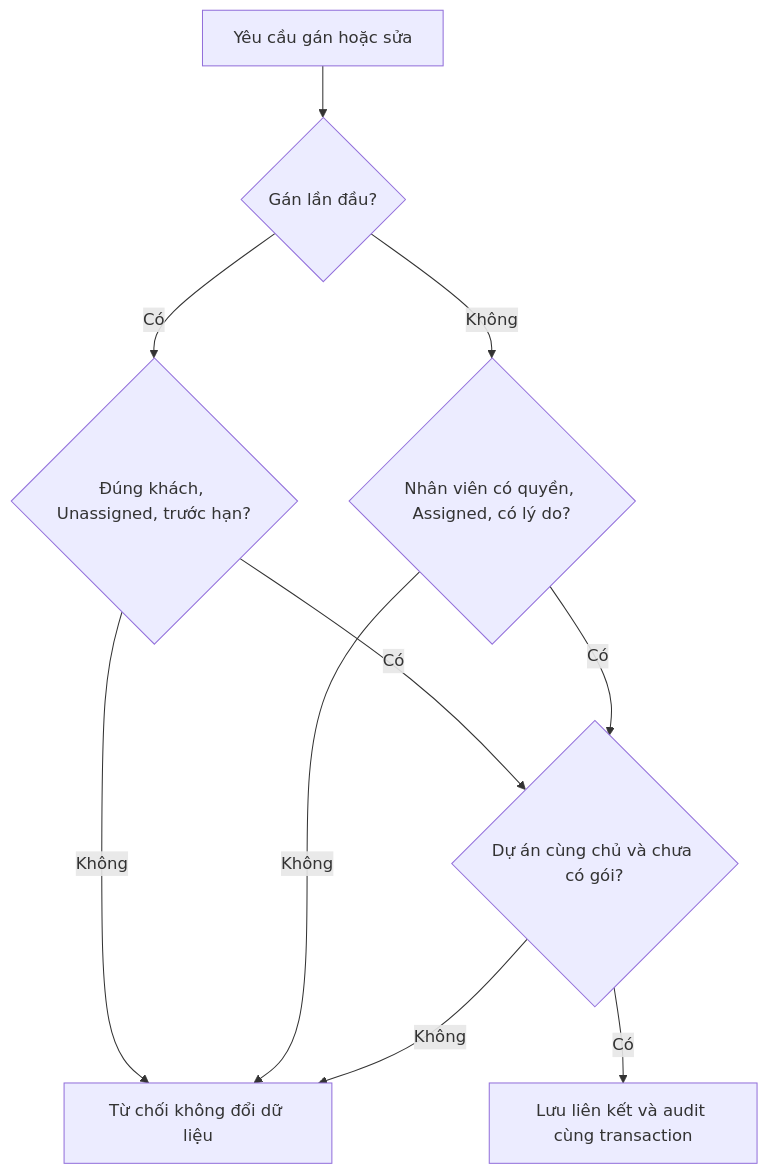
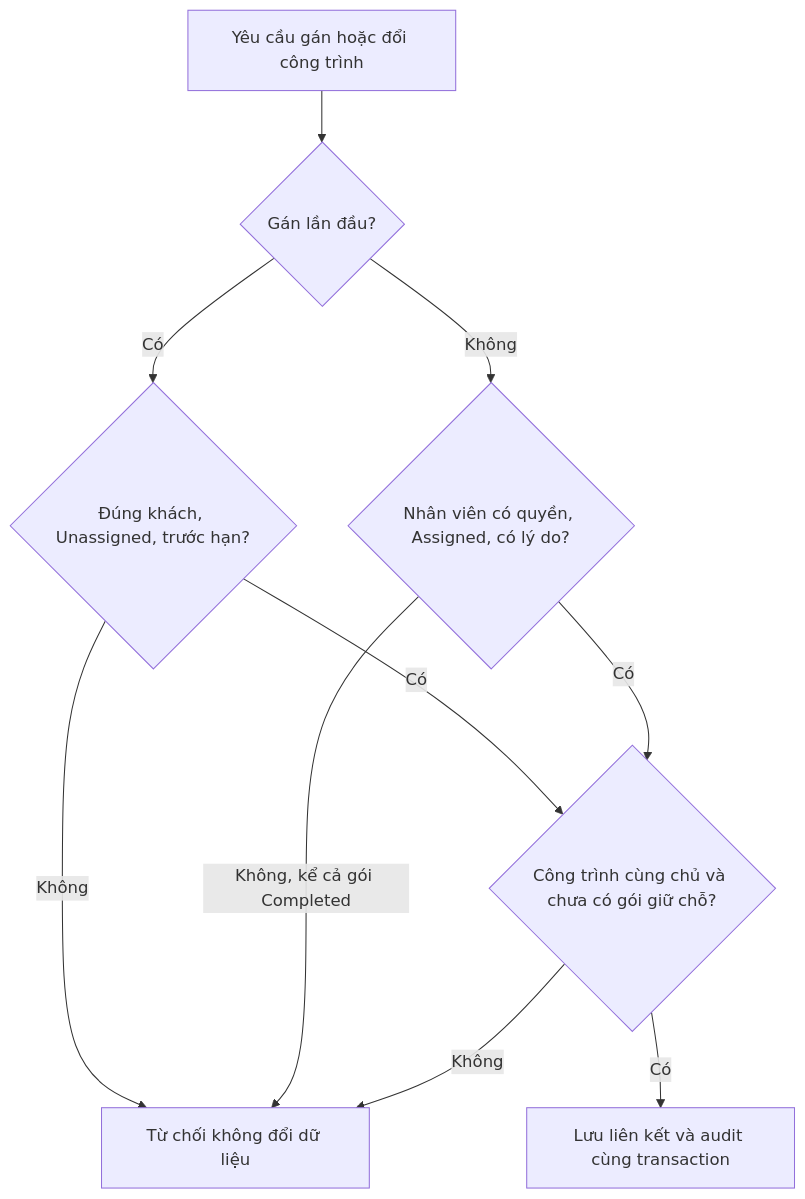
Before and after one commit to TaskCoper/bmt-documentation: the third of 5 diagrams in tdd/TDD-SUB-004.md, drawn with Mermaid. The commit also changed other lines of this file and 19 other files, not shown here.

````diff
--- a/tdd/TDD-SUB-004.md
+++ b/tdd/TDD-SUB-004.md
@@ -141,12 +143,12 @@
 ```mermaid
 flowchart TD
-    A[Yêu cầu gán hoặc sửa] --> B{Gán lần đầu?}
+    A[Yêu cầu gán hoặc đổi công trình] --> B{Gán lần đầu?}
     B -->|Có| C{Đúng khách, Unassigned, trước hạn?}
     B -->|Không| D{Nhân viên có quyền, Assigned, có lý do?}
     C -->|Không| X[Từ chối không đổi dữ liệu]
-    D -->|Không| X
-    C -->|Có| E{Dự án cùng chủ và chưa có gói?}
+    D -->|Không, kể cả gói Completed| X
+    C -->|Có| E{Công trình cùng chủ và chưa có gói giữ chỗ?}
     D -->|Có| E
     E -->|Không| X
     E -->|Có| F[Lưu liên kết và audit cùng transaction]
 ```
````
